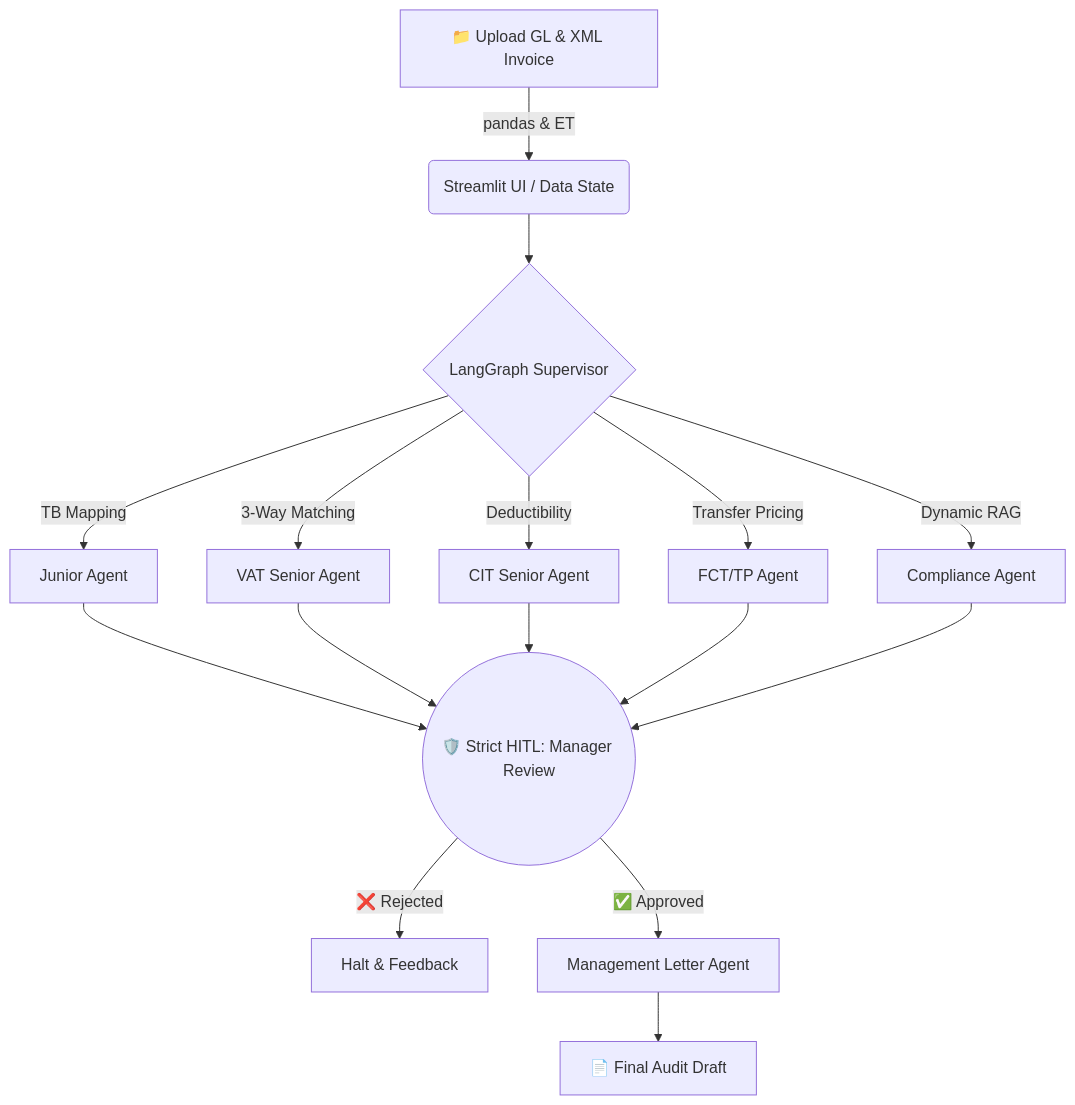
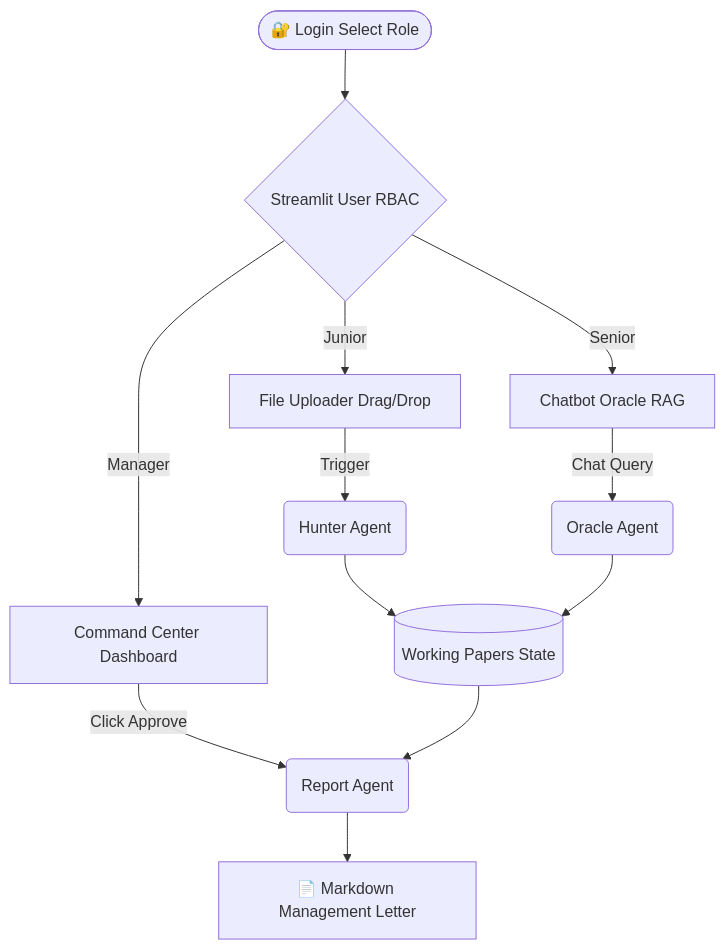
Before and after one commit to VietGamer-UIT/EntradeX-Advisor: the diagram in README.md, drawn with Mermaid. The commit also changed other lines of this file and 4 other files, not shown here.

Commit message:
feat: implement multi-agent orchestrator with LangGraph, web search tools, and Streamlit frontend

````diff
--- a/README.md
+++ b/README.md
@@ -18,14 +30,17 @@
 ```mermaid
 graph TD
-    A[📁 Upload GL & XML Invoice] -->|pandas & ET| B(Streamlit UI / Data State)
-    B --> C{LangGraph Supervisor}
-    C -->|TB Mapping| D[Junior Agent]
-    C -->|3-Way Matching| E[VAT Senior Agent]
-    C -->|Deductibility| F[CIT Senior Agent]
-    C -->|Transfer Pricing| G[FCT/TP Agent]
-    C -->|Dynamic RAG| H[Compliance Agent]
-    D & E & F & G & H --> I((🛡️ Strict HITL: Manager Review))
-    I -->|❌ Rejected| J[Halt & Feedback]
-    I -->|✅ Approved| K[Management Letter Agent]
-    K --> L[📄 Final Audit Draft]
+    A([🔐 Login Select Role]) --> B{Streamlit User RBAC}
+    
+    B -->|Junior| C[File Uploader Drag/Drop]
+    B -->|Senior| D[Chatbot Oracle RAG]
+    B -->|Manager| E[Command Center Dashboard]
+    
+    C -->|Trigger| F(Hunter Agent)
+    D -->|Chat Query| G(Oracle Agent)
+    E -->|Click Approve| H(Report Agent)
+    
+    F --> I[(Working Papers State)]
+    G --> I
+    I --> H
+    H --> J[📄 Markdown Management Letter]
 ```
````
